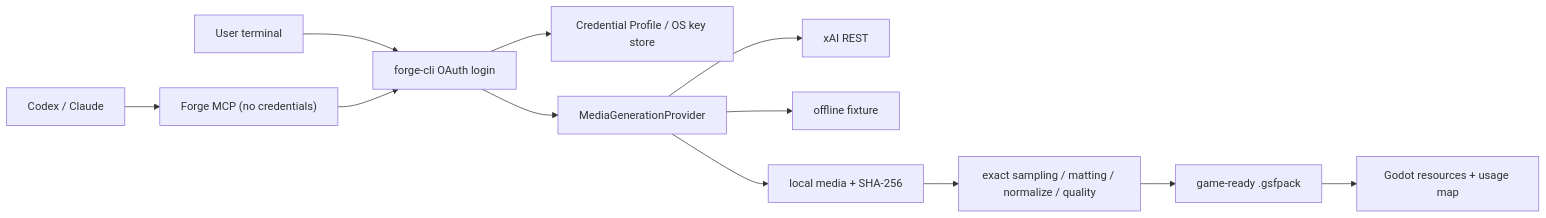
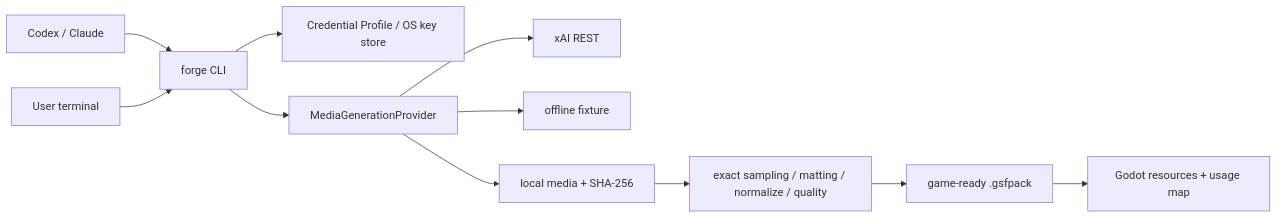
The diagram in docs/architecture/model-neutral-media-generation.md (MightyKartz/GameSpriteForge), drawn with Mermaid before and after one commit. The commit also changed other lines of this file and 220 other files, not shown here.

````diff
--- a/docs/architecture/model-neutral-media-generation.md
+++ b/docs/architecture/model-neutral-media-generation.md
@@ -7,14 +7,13 @@
 ```mermaid
 flowchart LR
-  Agent["Codex / Claude"] --> MCP["Forge MCP (no credentials)"]
-  User["User terminal"] --> CLI["forge-cli OAuth login"]
-  MCP --> CLI
+  Agent["Codex / Claude"] --> CLI["forge CLI"]
+  User["User terminal"] --> CLI
   CLI --> Credentials["Credential Profile / OS key store"]
   CLI --> Provider["MediaGenerationProvider"]
   Provider --> XAI["xAI REST"]
   Provider --> Fixture["offline fixture"]
   Provider --> JobStore["local media + SHA-256"]
   JobStore --> Core["exact sampling / matting / normalize / quality"]
   Core --> Pack["game-ready .gsfpack"]
   Pack --> Godot["Godot resources + usage map"]
 ```
````
